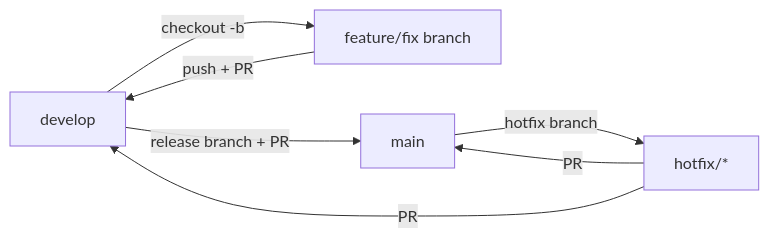
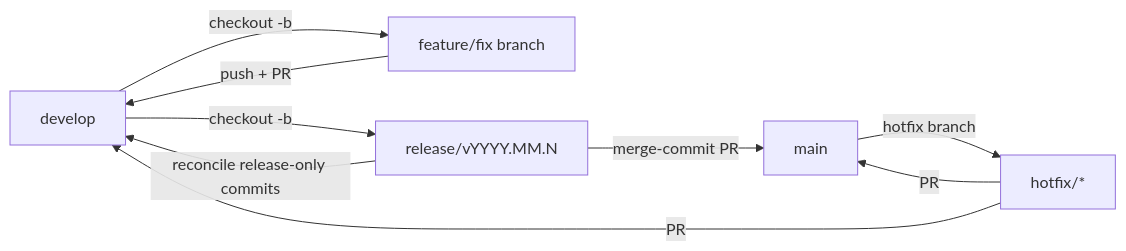
The diagram in docs/GITFLOW.md (abrioso/dotfiles-windows), drawn with Mermaid before and after one commit. The commit also changed other lines of this file and 7 other files, not shown here.

````diff
--- a/docs/GITFLOW.md
+++ b/docs/GITFLOW.md
@@ -18,9 +18,11 @@
 ```mermaid
 flowchart LR
     develop -->|checkout -b| feature[feature/fix branch]
     feature -->|push + PR| develop
-    develop -->|release branch + PR| main
+    develop -->|checkout -b| release[release/vYYYY.MM.N]
+    release -->|merge-commit PR| main
+    release -->|reconcile release-only commits| develop
     main -->|hotfix branch| hotfix[hotfix/*]
     hotfix -->|PR| main
     hotfix -->|PR| develop
 ```
````
